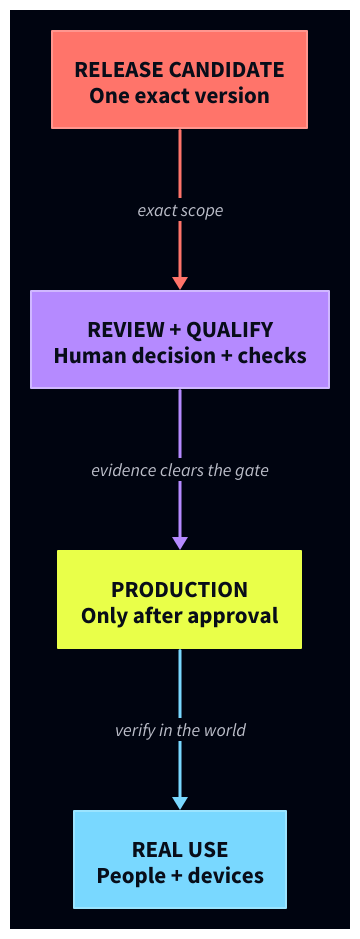
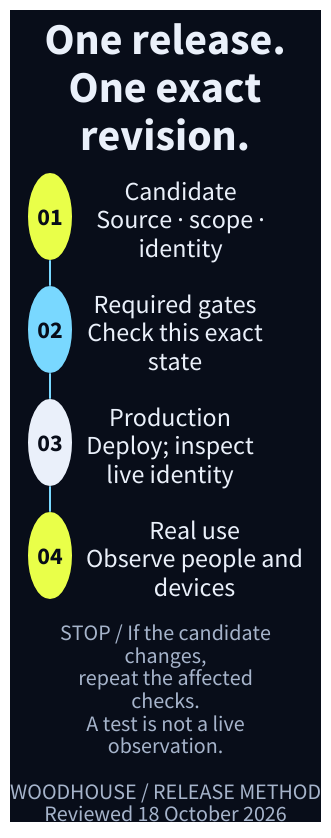
Before and after one commit to loftwah/woodhouse-new: the diagram in public/diagrams/release-path-mobile.d2, drawn with D2. The commit also changed 83 other files, not shown here.

Commit message:
Rebuild Woodhouse technical plates and the founding feature

```diff
--- a/public/diagrams/release-path-mobile.d2
+++ b/public/diagrams/release-path-mobile.d2
@@ -1,42 +1,114 @@
+# Woodhouse authored technical plate. Reviewed 18 October 2026.
+# Shape grammar: text = work; circle = responsibility; diamond = decision;
+# labelled stop = evidence boundary; dashed line = return or conditional path.
+# This is a method/relationship, not a claim that every project passed it.
+vars: {d2-config: {layout-engine: elk; theme-id: 0; pad: 16}}
+style.fill: "#080D19"
 direction: down
-vars: { d2-config: { layout-engine: elk; theme-id: 201 } }
+grid-rows: 4
+grid-columns: 2
+horizontal-gap: 16
+vertical-gap: 28
 
-candidate: "RELEASE CANDIDATE\nOne exact version" {
-  style.fill: "#FF746A"
-  style.stroke: "#FF968F"
-  style.stroke-width: 2
-  style.font-color: "#080D19"
-  style.font-size: 23
+plate_title: "One release.\nOne exact\nrevision." {
+  shape: text
+  style.font-color: "#EAF0FA"
+  style.font-size: 44
+  style.fill: "transparent"
+  style.stroke: "#EAF0FA"
+  style.stroke-width: 0
   style.bold: true
 }
-
-qualify: "REVIEW + QUALIFY\nHuman decision + checks" {
-  style.fill: "#B58AFF"
-  style.stroke: "#D0B8FF"
-  style.stroke-width: 2
+plate_title.near: top-center
+r0: "01" {
+  label.near: center-center
+  shape: circle
   style.font-color: "#080D19"
-  style.font-size: 23
-  style.bold: true
-}
-
-production: "PRODUCTION\nOnly after approval" {
+  style.font-size: 24
   style.fill: "#E9FF49"
   style.stroke: "#E9FF49"
   style.stroke-width: 2
-  style.font-color: "#080D19"
-  style.font-size: 23
+  width: 42
+  height: 42
   style.bold: true
 }
-
-real_use: "REAL USE\nPeople + devices" {
+t0: "Candidate\nSource · scope ·\nidentity" {
+  shape: text
+  style.font-color: "#EAF0FA"
+  style.font-size: 26
+  style.fill: "transparent"
+  style.stroke: "#EAF0FA"
+  style.stroke-width: 0
+}
+r1: "02" {
+  label.near: center-center
+  shape: circle
+  style.font-color: "#080D19"
+  style.font-size: 24
   style.fill: "#79D8FF"
-  style.stroke: "#9BE4FF"
+  style.stroke: "#79D8FF"
   style.stroke-width: 2
-  style.font-color: "#080D19"
-  style.font-size: 23
+  width: 42
+  height: 42
   style.bold: true
 }
-
-candidate -> qualify: "exact scope" {style.stroke: "#FF746A"; style.stroke-width: 3; style.font-size: 18}
-qualify -> production: "evidence clears the gate" {style.stroke: "#B58AFF"; style.stroke-width: 3; style.font-size: 18}
-production -> real_use: "verify in the world" {style.stroke: "#79D8FF"; style.stroke-width: 3; style.font-size: 18}
+t1: "Required gates\nCheck this exact\nstate" {
+  shape: text
+  style.font-color: "#EAF0FA"
+  style.font-size: 26
+  style.fill: "transparent"
+  style.stroke: "#EAF0FA"
+  style.stroke-width: 0
+}
+r2: "03" {
+  label.near: center-center
+  shape: circle
+  style.font-color: "#080D19"
+  style.font-size: 24
+  style.fill: "#EAF0FA"
+  style.stroke: "#EAF0FA"
+  style.stroke-width: 2
+  width: 42
+  height: 42
+  style.bold: true
+}
+t2: "Production\nDeploy; inspect\nlive identity" {
+  shape: text
+  style.font-color: "#EAF0FA"
+  style.font-size: 26
+  style.fill: "transparent"
+  style.stroke: "#EAF0FA"
+  style.stroke-width: 0
+}
+r3: "04" {
+  label.near: center-center
+  shape: circle
+  style.font-color: "#080D19"
+  style.font-size: 24
+  style.fill: "#E9FF49"
+  style.stroke: "#E9FF49"
+  style.stroke-width: 2
+  width: 42
+  height: 42
+  style.bold: true
+}
+t3: "Real use\nObserve people and\ndevices" {
+  shape: text
+  style.font-color: "#EAF0FA"
+  style.font-size: 26
+  style.fill: "transparent"
+  style.stroke: "#EAF0FA"
+  style.stroke-width: 0
+}
+r0 -> r1: "" {style.stroke: "#79D8FF"; style.stroke-width: 2; style.font-color: "#79D8FF"; style.font-size: 22; target-arrowhead.shape: none;}
+r1 -> r2: "" {style.stroke: "#79D8FF"; style.stroke-width: 2; style.font-color: "#79D8FF"; style.font-size: 22; target-arrowhead.shape: none;}
+r2 -> r3: "" {style.stroke: "#79D8FF"; style.stroke-width: 2; style.font-color: "#79D8FF"; style.font-size: 22; target-arrowhead.shape: none;}
+plate_note: "STOP / If the candidate\nchanges,\nrepeat the affected\nchecks.\nA test is not a live\nobservation.\n\nWOODHOUSE / RELEASE METHOD\nReviewed 18 October 2026" {
+  shape: text
+  style.font-color: "#A6B4CB"
+  style.font-size: 22
+  style.fill: "transparent"
+  style.stroke: "#A6B4CB"
+  style.stroke-width: 0
+}
+plate_note.near: bottom-center
```
